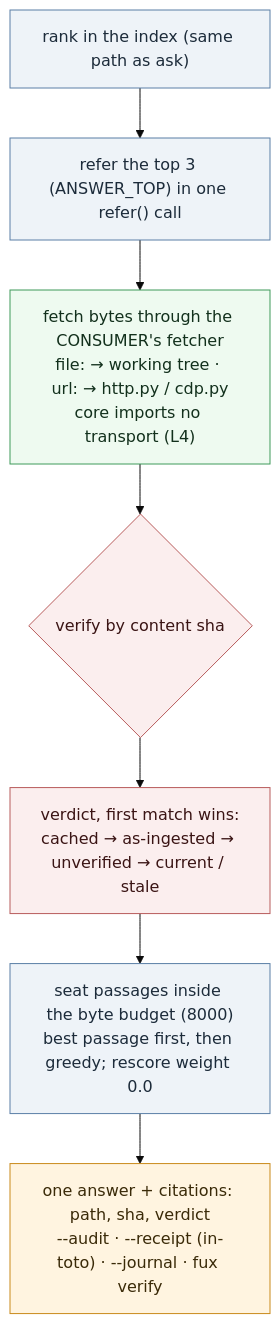
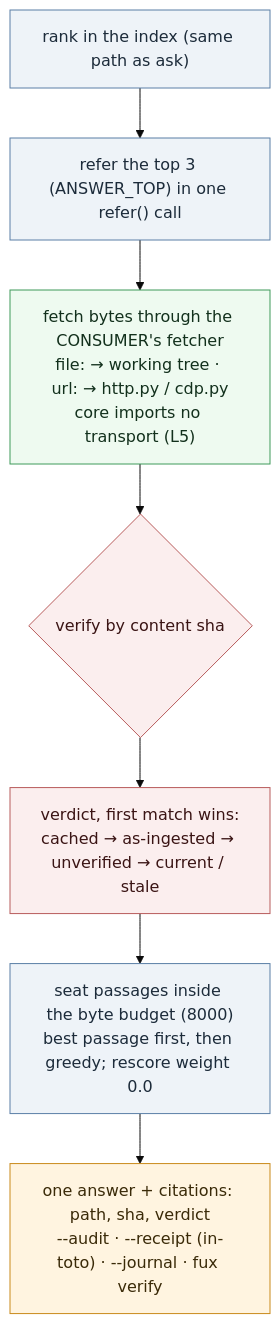
The diagram in docs/paper/figures/src/fig-08-answer.mmd (arpitarya/fux), drawn with Mermaid (base theme) before and after one commit. The commit also changed 351 other files, not shown here.

```diff
--- a/docs/paper/figures/src/fig-08-answer.mmd
+++ b/docs/paper/figures/src/fig-08-answer.mmd
@@ -1,13 +1,13 @@
 flowchart TB
   classDef step fill:#eef3f8,stroke:#5b7fa6,color:#1c2b3a
   classDef gate fill:#fbeeee,stroke:#b85c5c,color:#3a1414
   classDef out fill:#fff4e0,stroke:#c98a1b,color:#3a2a08
   classDef src fill:#eefaf0,stroke:#3f9a5a,color:#12301c
   R["rank in the index (same path as ask)"]:::step
   T["refer the top 3 (ANSWER_TOP) in one refer() call"]:::step
-  F["fetch bytes through the CONSUMER's fetcher<br/>file: → working tree · url: → http.py / cdp.py<br/>core imports no transport (L4)"]:::src
+  F["fetch bytes through the CONSUMER's fetcher<br/>file: → working tree · url: → http.py / cdp.py<br/>core imports no transport (L5)"]:::src
   V{"verify by content sha"}:::gate
   L["verdict, first match wins:<br/>cached → as-ingested → unverified → current / stale"]:::gate
   S["seat passages inside the byte budget (8000)<br/>best passage first, then greedy; rescore weight 0.0"]:::step
   O["one answer + citations: path, sha, verdict<br/>--audit · --receipt (in-toto) · --journal · fux verify"]:::out
   R --> T --> F --> V --> L --> S --> O
```
